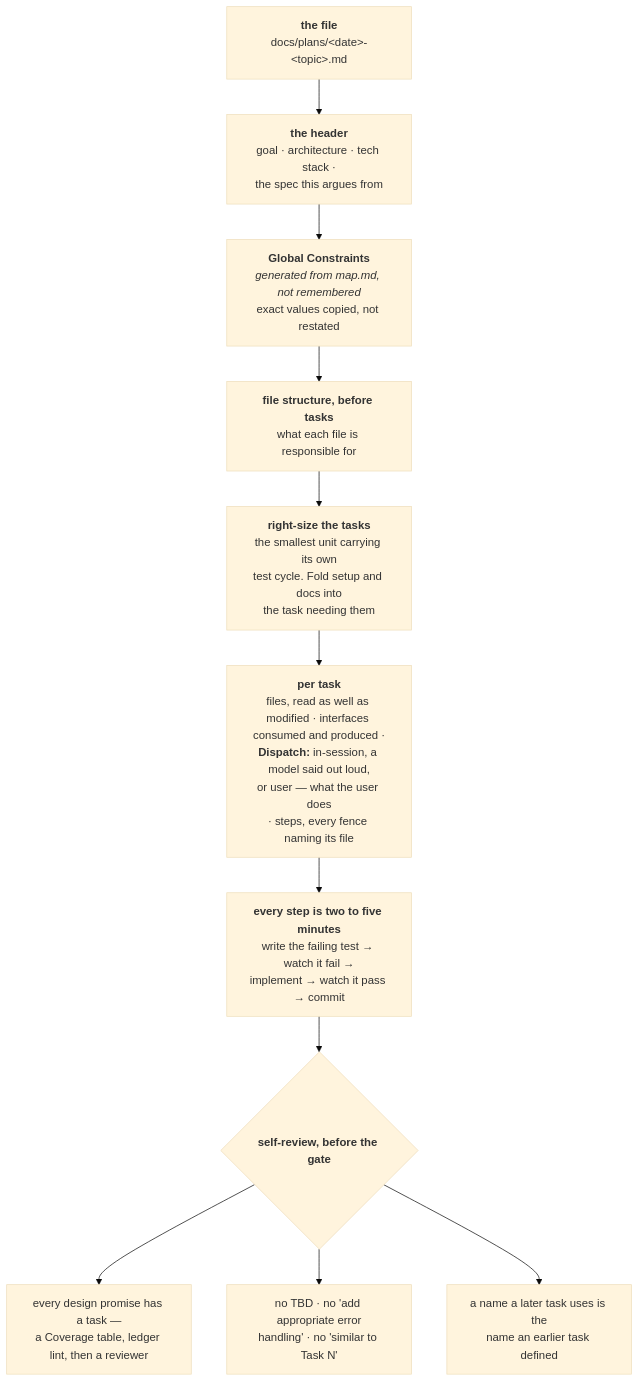
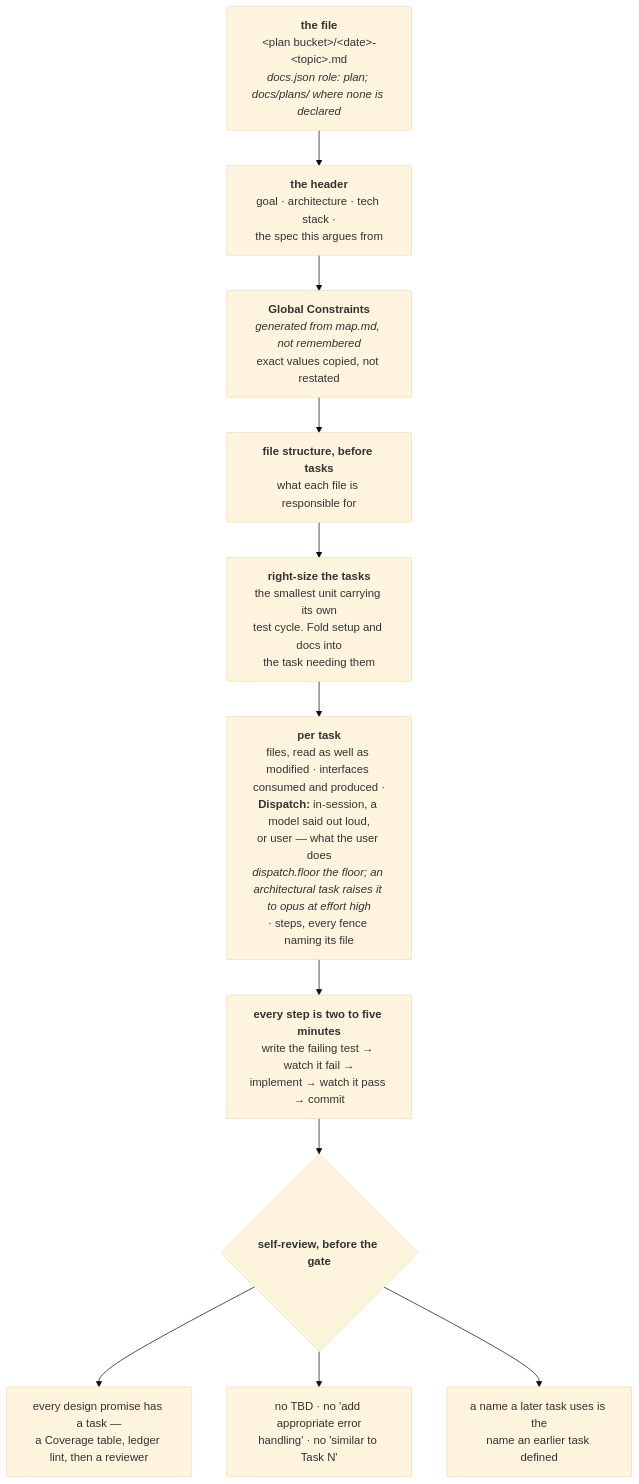
One commit to FanFantom9452/FanKeel changed the third of 8 diagrams in docs/02-architecture/pipeline.md. Above: the diagram before and after it, drawn with Mermaid (base theme). The commit also changed other lines of this file and 12 other files, not shown here.

````diff
--- a/docs/02-architecture/pipeline.md
+++ b/docs/02-architecture/pipeline.md
@@ -518,19 +519,19 @@
 ```mermaid
 flowchart TD
-    A["<b>the file</b><br/>docs/plans/&lt;date&gt;-&lt;topic&gt;.md"]
+    A["<b>the file</b><br/>&lt;plan bucket&gt;/&lt;date&gt;-&lt;topic&gt;.md<br/><i>docs.json role: plan; docs/plans/ where none is declared</i>"]
     B["<b>the header</b><br/>goal · architecture · tech stack ·<br/>the spec this argues from"]
     C["<b>Global Constraints</b><br/><i>generated from map.md, not remembered</i><br/>exact values copied, not restated"]
     D["<b>file structure, before tasks</b><br/>what each file is responsible for"]
     E["<b>right-size the tasks</b><br/>the smallest unit carrying its own<br/>test cycle. Fold setup and docs into<br/>the task needing them"]
-    F["<b>per task</b><br/>files, read as well as modified · interfaces consumed and produced ·<br/><b>Dispatch:</b> in-session, a model said out loud,<br/>or user — what the user does<br/>· steps, every fence naming its file"]
+    F["<b>per task</b><br/>files, read as well as modified · interfaces consumed and produced ·<br/><b>Dispatch:</b> in-session, a model said out loud,<br/>or user — what the user does<br/><i>dispatch.floor the floor; an architectural task raises it to opus at effort high</i><br/>· steps, every fence naming its file"]
     G["<b>every step is two to five minutes</b><br/>write the failing test → watch it fail →<br/>implement → watch it pass → commit"]
     H{"<b>self-review, before the gate</b>"}
     H1["every design promise has a task —<br/>a Coverage table, ledger lint, then a reviewer"]
     H2["no TBD · no 'add appropriate error<br/>handling' · no 'similar to Task N'"]
     H3["a name a later task uses is the<br/>name an earlier task defined"]
 
     A --> B --> C --> D --> E --> F --> G --> H
     H --> H1
     H --> H2
     H --> H3
 ```
````
